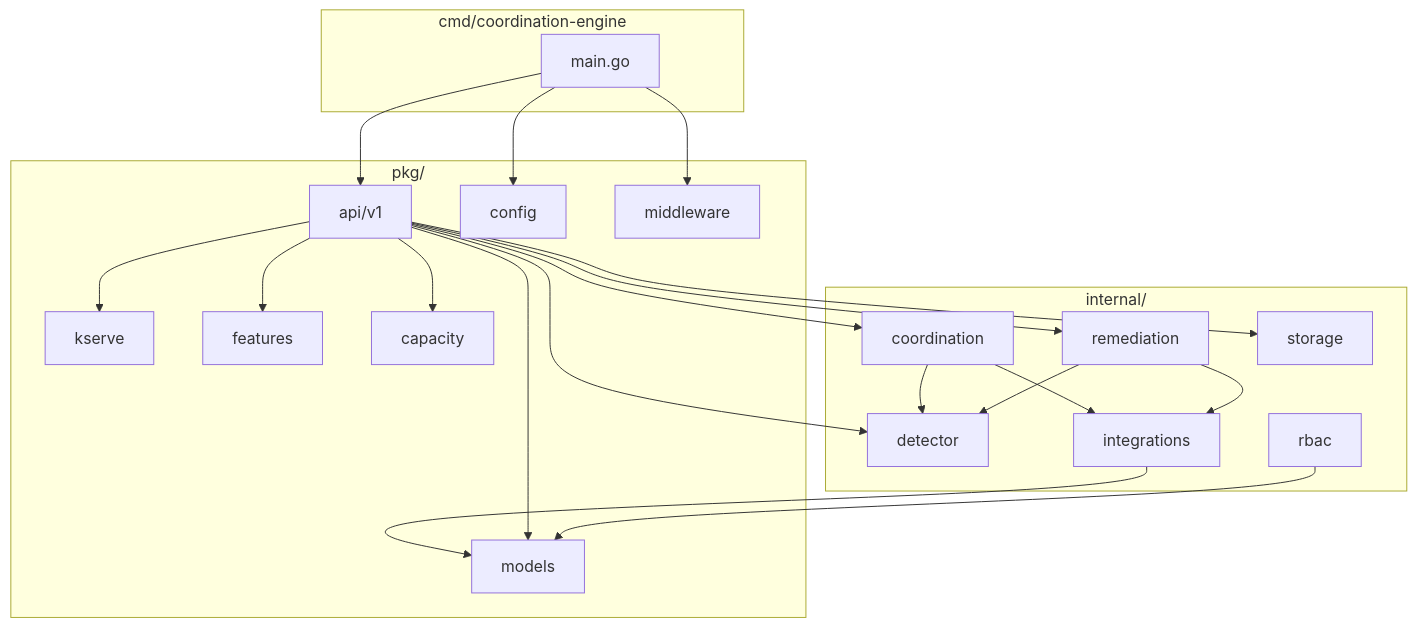
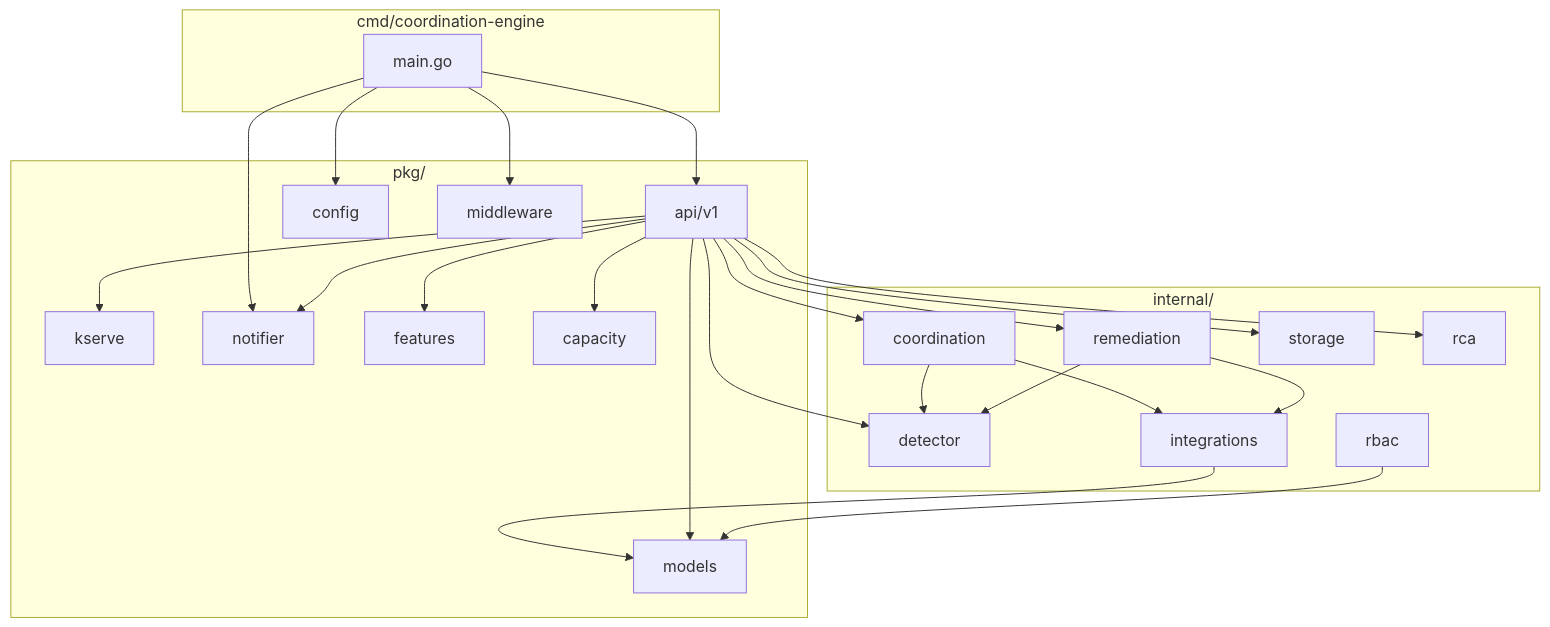
The third of 10 diagrams in DESIGN_DOC.md (KubeHeal/openshift-coordination-engine), drawn with Mermaid before and after one commit. The commit also changed other lines of this file and 8 other files, not shown here.

````diff
--- a/DESIGN_DOC.md
+++ b/DESIGN_DOC.md
@@ -137,43 +148,48 @@
 ```mermaid
 flowchart TB
   subgraph cmd [cmd/coordination-engine]
     main[main.go]
   end
 
   subgraph internal [internal/]
     det[detector]
     coord[coordination]
     remed[remediation]
     integ[integrations]
     rbacPkg[rbac]
     store[storage]
+    rcaPkg[rca]
   end
 
   subgraph pub [pkg/]
     api[api/v1]
     models[models]
     cfg[config]
     ks[kserve]
+    notif[notifier]
     mw[middleware]
     feat[features]
     cap[capacity]
   end
 
   main --> api
   main --> cfg
   main --> mw
+  main --> notif
   api --> coord
   api --> det
   api --> remed
   api --> ks
   api --> feat
   api --> cap
+  api --> rcaPkg
+  api --> notif
   coord --> integ
   coord --> det
   remed --> integ
   remed --> det
   integ --> models
   api --> models
   api --> store
   rbacPkg --> models
 ```
````
